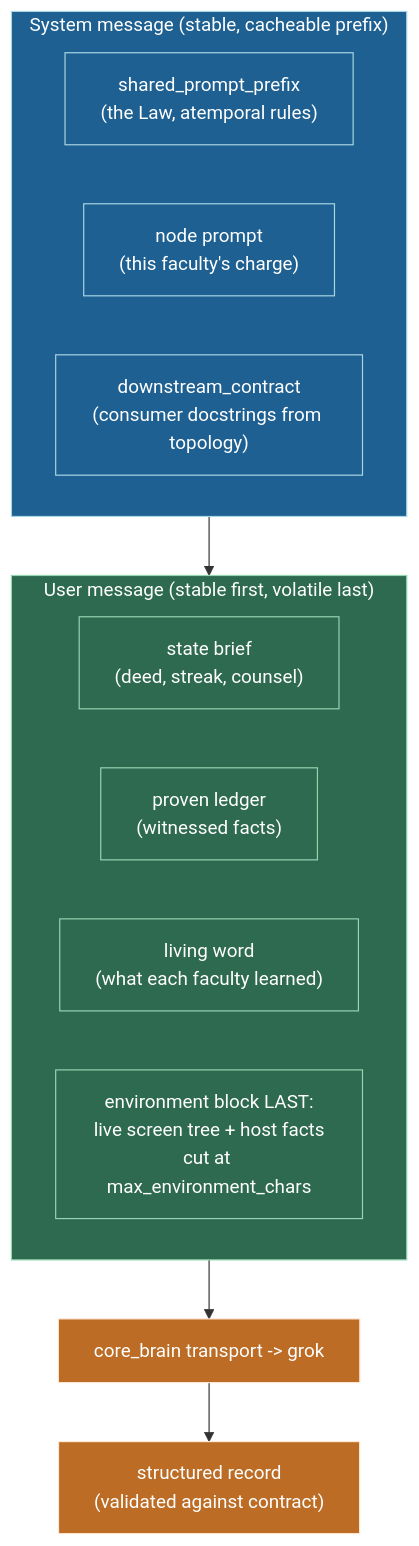
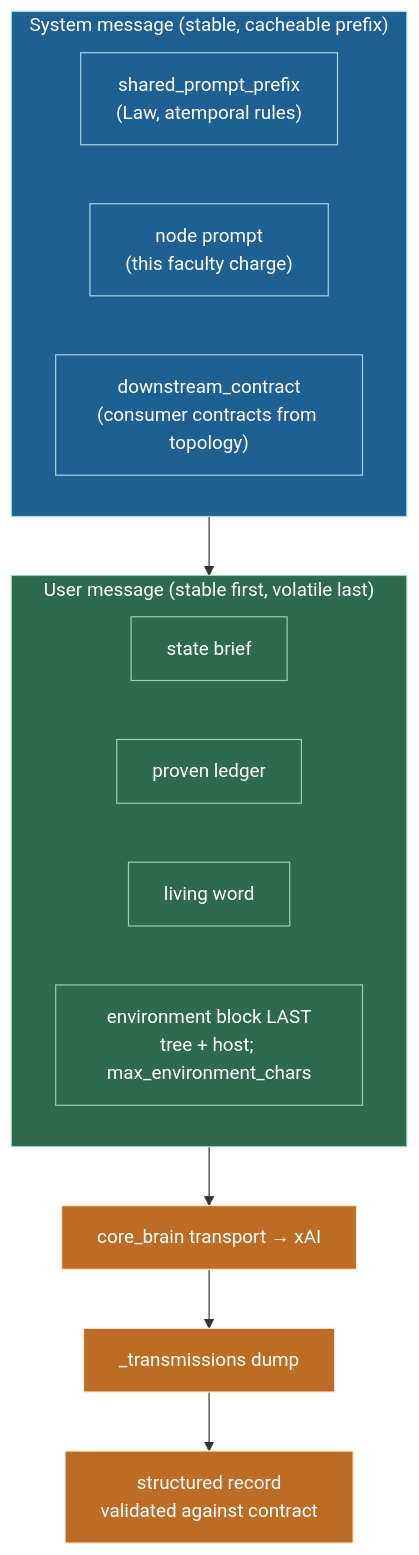
One commit to wgabrys88/endgame-ai changed the fifth of 10 diagrams in README.md. Above: the diagram before and after it, drawn with Mermaid. The commit also changed other lines of this file, not shown here.

````diff
--- a/README.md
+++ b/README.md
@@ -498,25 +523,26 @@
 ```mermaid
 flowchart TD
     subgraph SYS["System message (stable, cacheable prefix)"]
-        P1["shared_prompt_prefix<br/>(the Law, atemporal rules)"]
-        P2["node prompt<br/>(this faculty's charge)"]
-        P3["downstream_contract<br/>(consumer docstrings from topology)"]
+        P1["shared_prompt_prefix<br/>(Law, atemporal rules)"]
+        P2["node prompt<br/>(this faculty charge)"]
+        P3["downstream_contract<br/>(consumer contracts from topology)"]
     end
 
     subgraph USR["User message (stable first, volatile last)"]
-        U1["state brief<br/>(deed, streak, counsel)"]
-        U2["proven ledger<br/>(witnessed facts)"]
-        U3["living word<br/>(what each faculty learned)"]
-        U4["environment block LAST:<br/>live screen tree + host facts<br/>cut at max_environment_chars"]
+        U1["state brief"]
+        U2["proven ledger"]
+        U3["living word"]
+        U4["environment block LAST<br/>tree + host; max_environment_chars"]
     end
 
-    SYS --> USR --> CALL["core_brain transport -> grok"]
-    CALL --> REC["structured record<br/>(validated against contract)"]
+    SYS --> USR --> CALL["core_brain transport → xAI"]
+    CALL --> DUMP["_transmissions dump"]
+    DUMP --> REC["structured record<br/>validated against contract"]
 
     classDef sys fill:#1e6091,stroke:#a9d6e5,color:#ffffff;
     classDef usr fill:#2d6a4f,stroke:#95d5b2,color:#ffffff;
     classDef out fill:#bc6c25,stroke:#ffe8d6,color:#ffffff;
     class SYS,P1,P2,P3 sys;
     class USR,U1,U2,U3,U4 usr;
-    class CALL,REC out;
+    class CALL,DUMP,REC out;
 ```
````
